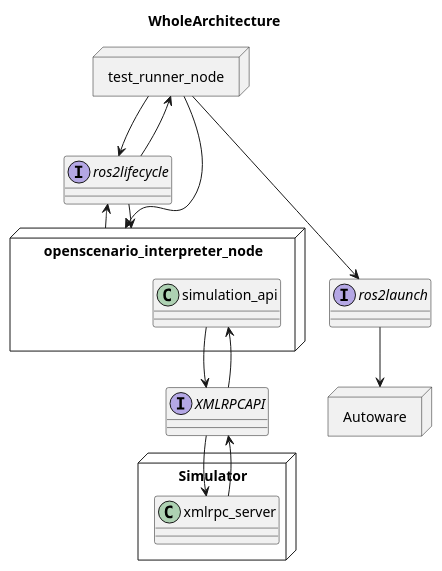
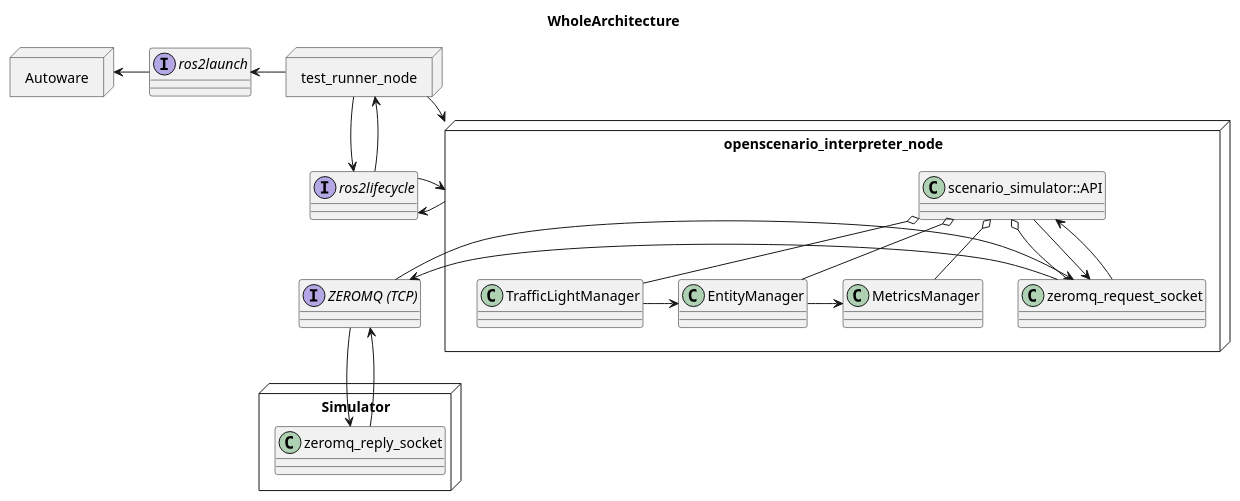
Before and after one commit to tier4/scenario_simulator_v2: the diagram in docs/design/uml/whole_architecture.pu, drawn with PlantUML.

Commit message:
EntityManager

```diff
--- a/docs/design/uml/whole_architecture.pu
+++ b/docs/design/uml/whole_architecture.pu
@@ -1,42 +1,54 @@
 @startuml
 allow_mixing
 title WholeArchitecture
 
 interface ros2lifecycle
 
 Node openscenario_interpreter_node {
-  class simulation_api
+  class EntityManager
+  class TrafficLightManager
+  class MetricsManager
+  class scenario_simulator::API
+  class zeromq_request_socket
+  scenario_simulator::API o-- EntityManager
+  scenario_simulator::API o-- TrafficLightManager
+  scenario_simulator::API o-- MetricsManager
+  scenario_simulator::API o-- zeromq_request_socket
+  TrafficLightManager -right-> EntityManager
+  EntityManager -right-> MetricsManager
 }
 
 openscenario_interpreter_node -up-> ros2lifecycle
 
-ros2lifecycle -down-> openscenario_interpreter_node
+ros2lifecycle -right-> openscenario_interpreter_node
 
 Node test_runner_node {
 }
 
 test_runner_node -down-> openscenario_interpreter_node
 test_runner_node -down-> ros2lifecycle
 ros2lifecycle -up-> test_runner_node
 
 Node Autoware {
 }
 
 interface ros2launch
 
-test_runner_node --down-> ros2launch
-ros2launch -down-> Autoware
+test_runner_node --left-> ros2launch
+ros2launch -left-> Autoware
 
-interface XMLRPCAPI
+interface "ZEROMQ (TCP)"
 
-simulation_api -down-> XMLRPCAPI
-XMLRPCAPI -up-> simulation_api
+scenario_simulator::API -down-> zeromq_request_socket
+zeromq_request_socket -up-> scenario_simulator::API
+zeromq_request_socket -left-> "ZEROMQ (TCP)"
+"ZEROMQ (TCP)" -right-> zeromq_request_socket
 
 Node Simulator {
-  class xmlrpc_server
+  class zeromq_reply_socket
 }
 
-XMLRPCAPI -down-> xmlrpc_server
-xmlrpc_server -up-> XMLRPCAPI
+"ZEROMQ (TCP)" -down-> zeromq_reply_socket
+zeromq_reply_socket -up-> "ZEROMQ (TCP)"
 
 @enduml
```
